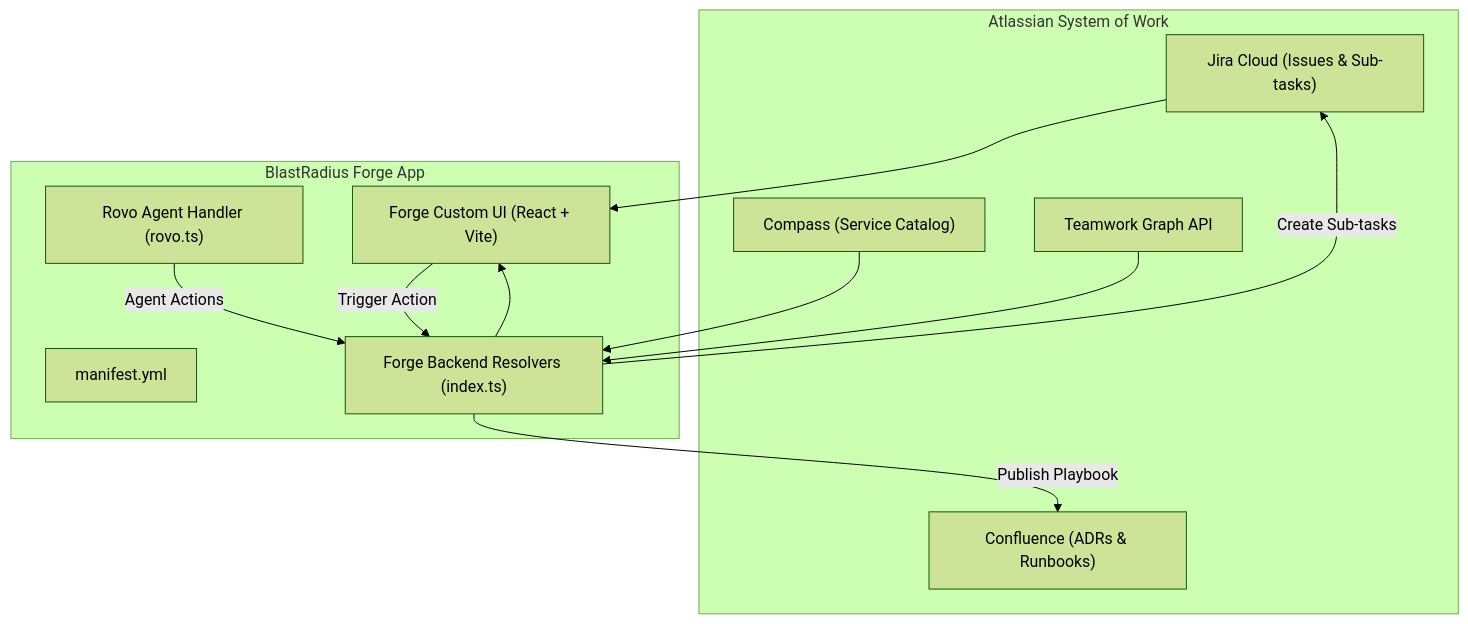
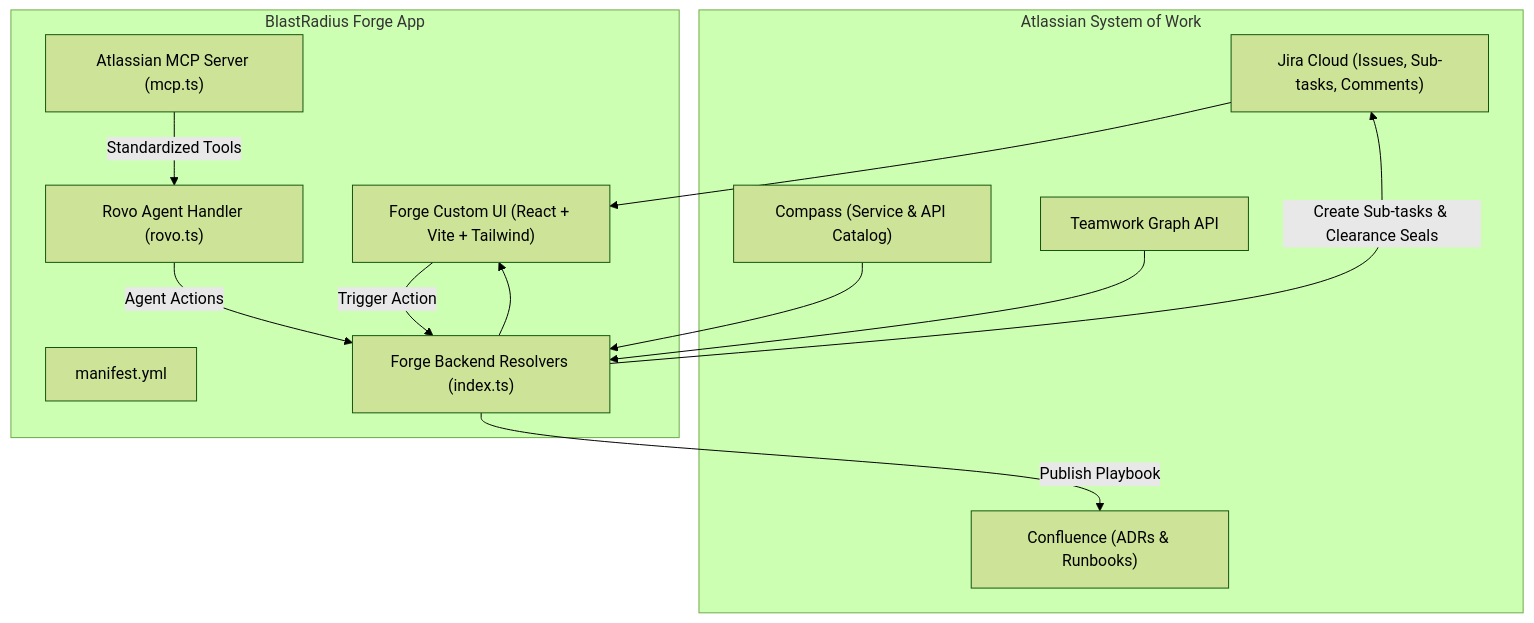
One commit to monudevdil0301-ux/blast-radius changed the diagram in README.md. Above: the diagram before and after it, drawn with Mermaid (forest theme). The commit also changed other lines of this file and 11 other files, not shown here.

Commit message:
feat: add Atlassian MCP server, Git diff contract scanner, CAB pre-flight clearance gate, and shockwave canvas

````diff
--- a/README.md
+++ b/README.md
@@ -26,25 +44,27 @@
 ```mermaid
 flowchart TD
     subgraph AtlassianEcosystem["Atlassian System of Work"]
-        Jira["Jira Cloud (Issues & Sub-tasks)"]
-        Compass["Compass (Service Catalog)"]
+        Jira["Jira Cloud (Issues, Sub-tasks, Comments)"]
+        Compass["Compass (Service & API Catalog)"]
         Confluence["Confluence (ADRs & Runbooks)"]
         TeamworkGraph["Teamwork Graph API"]
     end
 
     subgraph BlastRadiusApp["BlastRadius Forge App"]
         Manifest["manifest.yml"]
         Resolver["Forge Backend Resolvers (index.ts)"]
         Rovo["Rovo Agent Handler (rovo.ts)"]
-        CustomUI["Forge Custom UI (React + Vite)"]
+        MCP["Atlassian MCP Server (mcp.ts)"]
+        CustomUI["Forge Custom UI (React + Vite + Tailwind)"]
     end
 
     Jira --> CustomUI
     TeamworkGraph --> Resolver
     Compass --> Resolver
     Resolver --> CustomUI
     CustomUI -->|Trigger Action| Resolver
-    Resolver -->|Create Sub-tasks| Jira
+    Resolver -->|Create Sub-tasks & Clearance Seals| Jira
     Resolver -->|Publish Playbook| Confluence
     Rovo -->|Agent Actions| Resolver
+    MCP -->|Standardized Tools| Rovo
 ```
````
